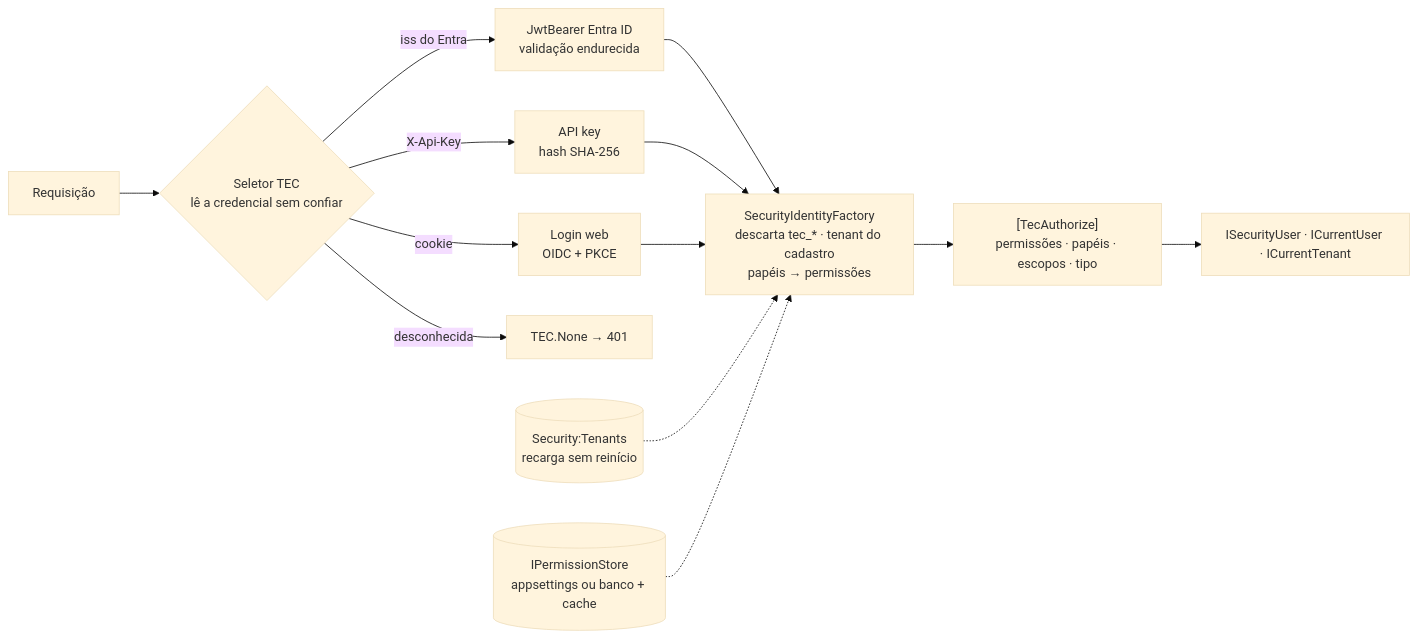
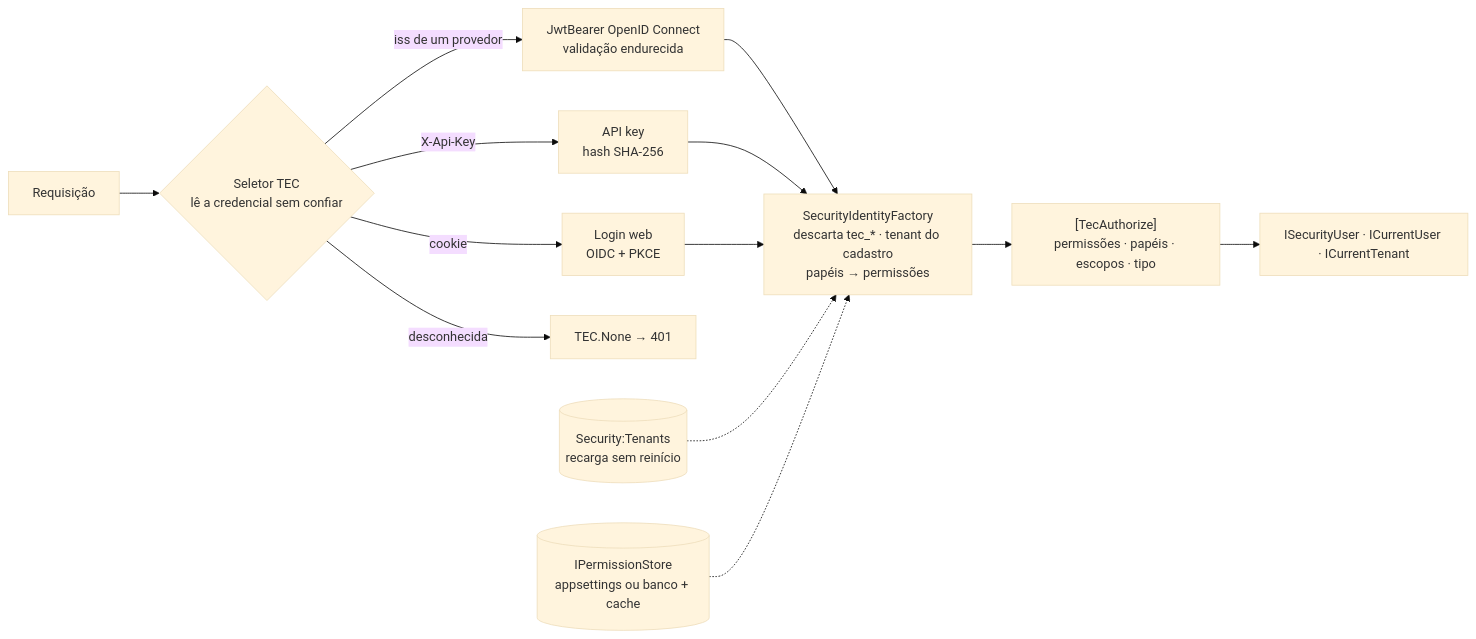
One commit to tudoemcodigo/lib-tec-security changed the second of 2 diagrams in README.md. Above: the diagram before and after it, drawn with Mermaid (base theme). The commit also changed other lines of this file and 16 other files, not shown here.

````diff
--- a/README.md
+++ b/README.md
@@ -186,13 +186,13 @@
 ```mermaid
 flowchart LR
     REQ["Requisição"] --> SEL{"Seletor TEC<br/>lê a credencial sem confiar"}
-    SEL -->|"iss do Entra"| ENTRA["JwtBearer Entra ID<br/>validação endurecida"]
+    SEL -->|"iss de um provedor"| ENTRA["JwtBearer OpenID Connect<br/>validação endurecida"]
     SEL -->|"X-Api-Key"| KEY["API key<br/>hash SHA-256"]
     SEL -->|"cookie"| WEB["Login web<br/>OIDC + PKCE"]
     SEL -->|"desconhecida"| NONE["TEC.None → 401"]
     ENTRA & KEY & WEB --> NORM["SecurityIdentityFactory<br/>descarta tec_* · tenant do cadastro<br/>papéis → permissões"]
     NORM --> AUTHZ["[TecAuthorize]<br/>permissões · papéis · escopos · tipo"]
     AUTHZ --> APP["ISecurityUser · ICurrentUser · ICurrentTenant"]
     TEN[("Security:Tenants<br/>recarga sem reinício")] -.-> NORM
     PERM[("IPermissionStore<br/>appsettings ou banco + cache")] -.-> NORM
 ```
````
